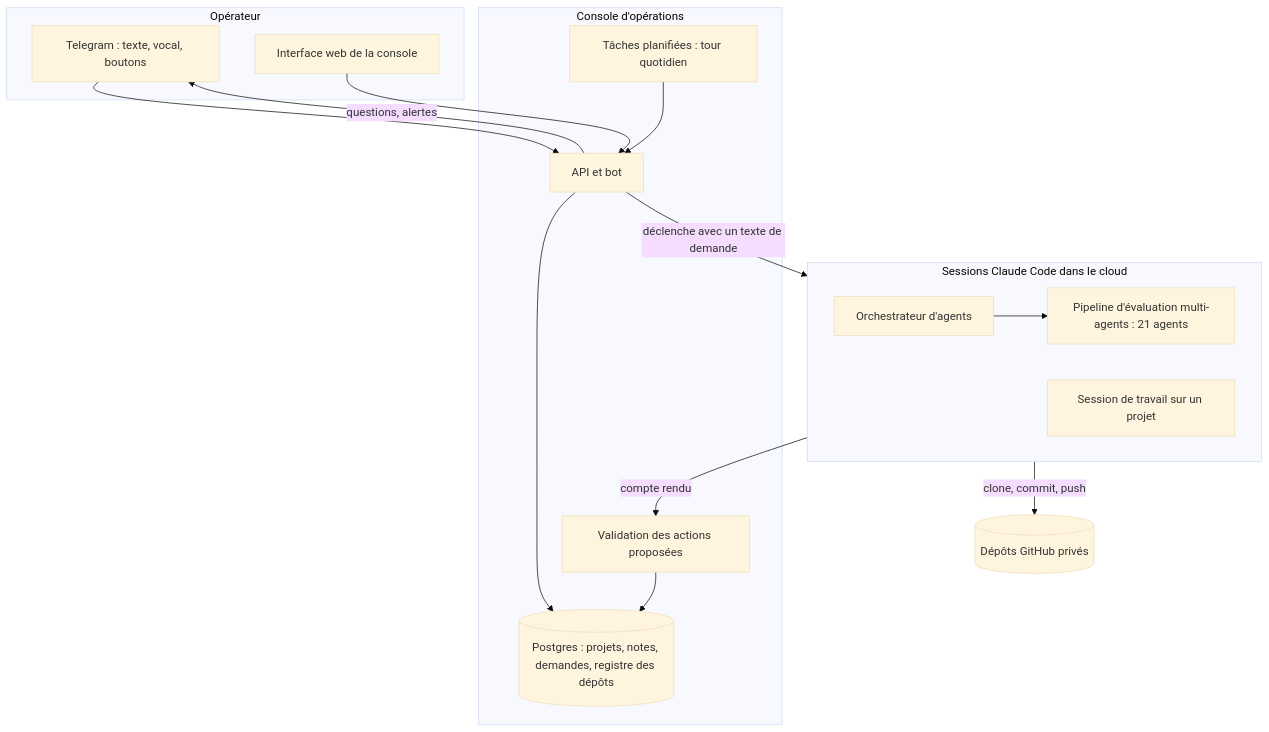
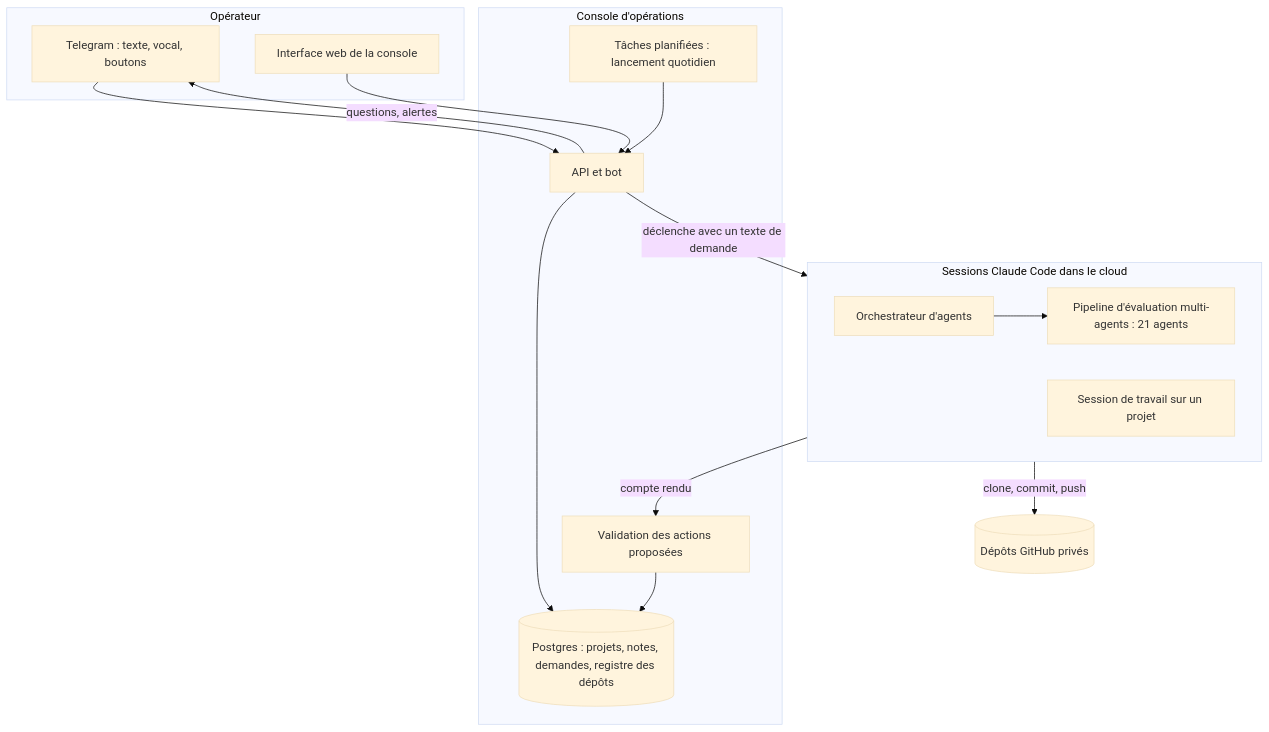
One commit to mathieurecatala/systeme-agents-ia changed the first of 4 diagrams in docs/architecture.md. Above: the diagram before and after it, drawn with Mermaid (base theme). The commit also changed other lines of this file and 4 other files, not shown here.

````diff
--- a/docs/architecture.md
+++ b/docs/architecture.md
@@ -17,33 +16,33 @@
 ```mermaid
 flowchart TB
     subgraph U["Opérateur"]
         T["Telegram : texte, vocal, boutons"]
         W["Interface web de la console"]
     end
 
     subgraph S["Console d'opérations"]
         API["API et bot"]
         DB[("Postgres : projets, notes, demandes, registre des dépôts")]
-        CRON["Tâches planifiées : tour quotidien"]
+        CRON["Tâches planifiées : lancement quotidien"]
         VAL["Validation des actions proposées"]
     end
 
     subgraph C["Sessions Claude Code dans le cloud"]
         O["Orchestrateur d'agents"]
         P["Pipeline d'évaluation multi-agents : 21 agents"]
         R["Session de travail sur un projet"]
     end
 
     G[("Dépôts GitHub privés")]
 
     T --> API
     W --> API
     API --> DB
     CRON --> API
     API -->|"déclenche avec un texte de demande"| C
     O --> P
     C -->|"clone, commit, push"| G
     C -->|"compte rendu"| VAL
     VAL --> DB
     API -->|"questions, alertes"| T
 ```
````
